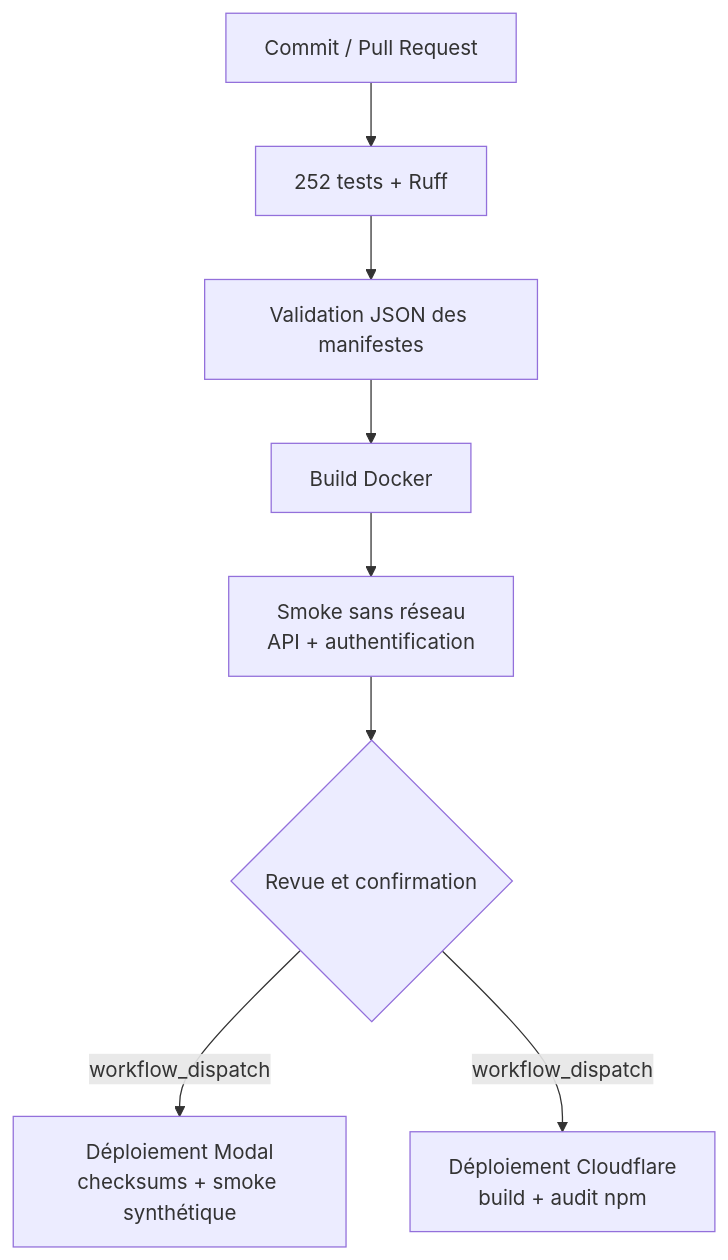
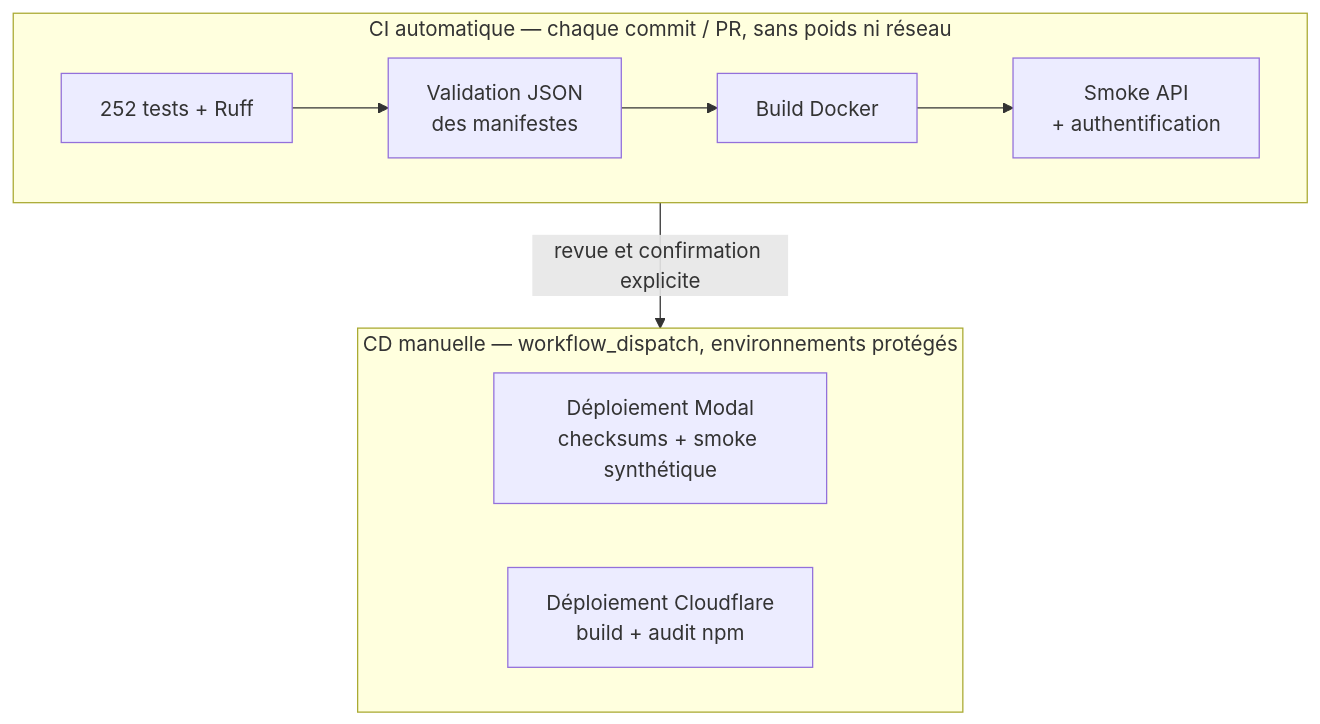
One commit to ppluton/medical-triage-llm-poc changed the fourth of 5 diagrams in reports/RAPPORT_TECHNIQUE_POC.md. Above: the diagram before and after it, drawn with Mermaid. The commit also changed other lines of this file and 1 other file, not shown here.

````diff
--- a/reports/RAPPORT_TECHNIQUE_POC.md
+++ b/reports/RAPPORT_TECHNIQUE_POC.md
@@ -499,10 +533,13 @@
 ```mermaid
-flowchart TD
-    C[Commit / Pull Request] --> T[252 tests + Ruff]
-    T --> J[Validation JSON des manifestes]
-    J --> D[Build Docker]
-    D --> S[Smoke sans réseau<br/>API + authentification]
-    S --> R{Revue et confirmation}
-    R -->|workflow_dispatch| MM[Déploiement Modal<br/>checksums + smoke synthétique]
-    R -->|workflow_dispatch| CP[Déploiement Cloudflare<br/>build + audit npm]
+flowchart TB
+    subgraph CI[CI automatique — chaque commit / PR, sans poids ni réseau]
+        direction LR
+        T[252 tests + Ruff] --> J[Validation JSON<br/>des manifestes] --> D[Build Docker] --> S[Smoke API<br/>+ authentification]
+    end
+    subgraph CD[CD manuelle — workflow_dispatch, environnements protégés]
+        direction LR
+        MM[Déploiement Modal<br/>checksums + smoke synthétique]
+        CP[Déploiement Cloudflare<br/>build + audit npm]
+    end
+    CI -->|revue et confirmation explicite| CD
 ```
````
